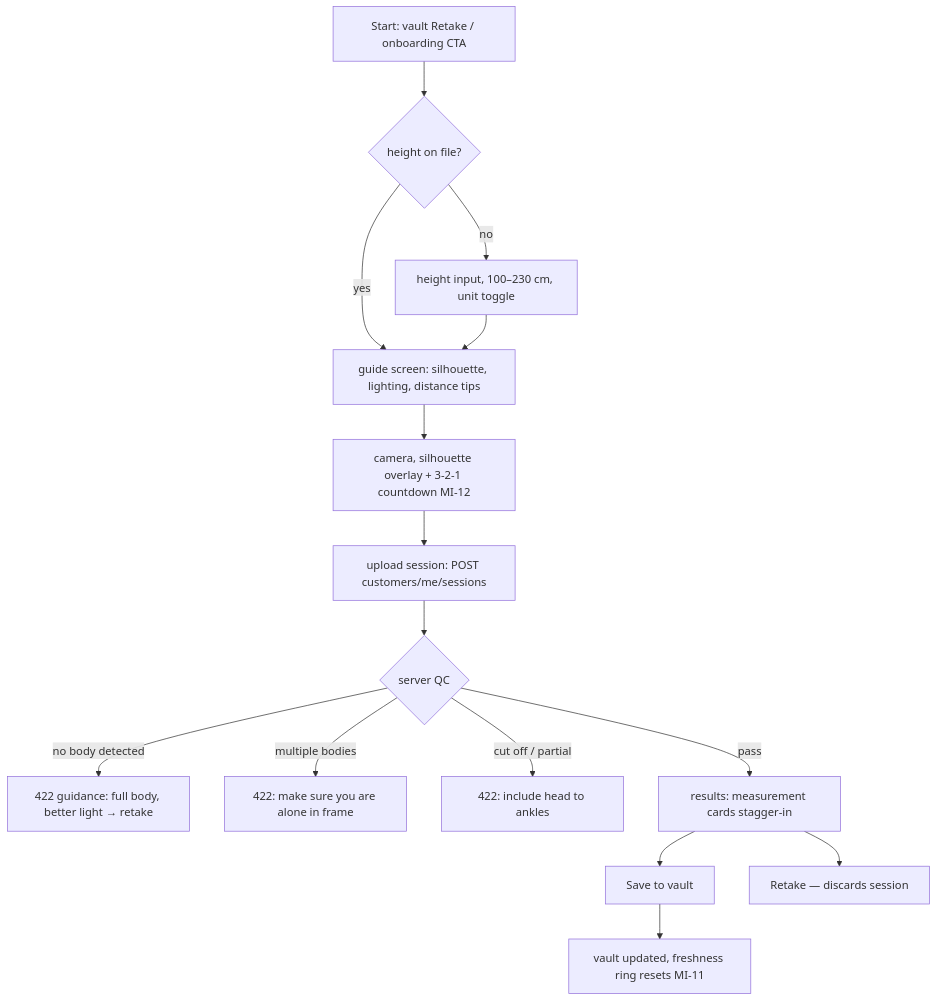
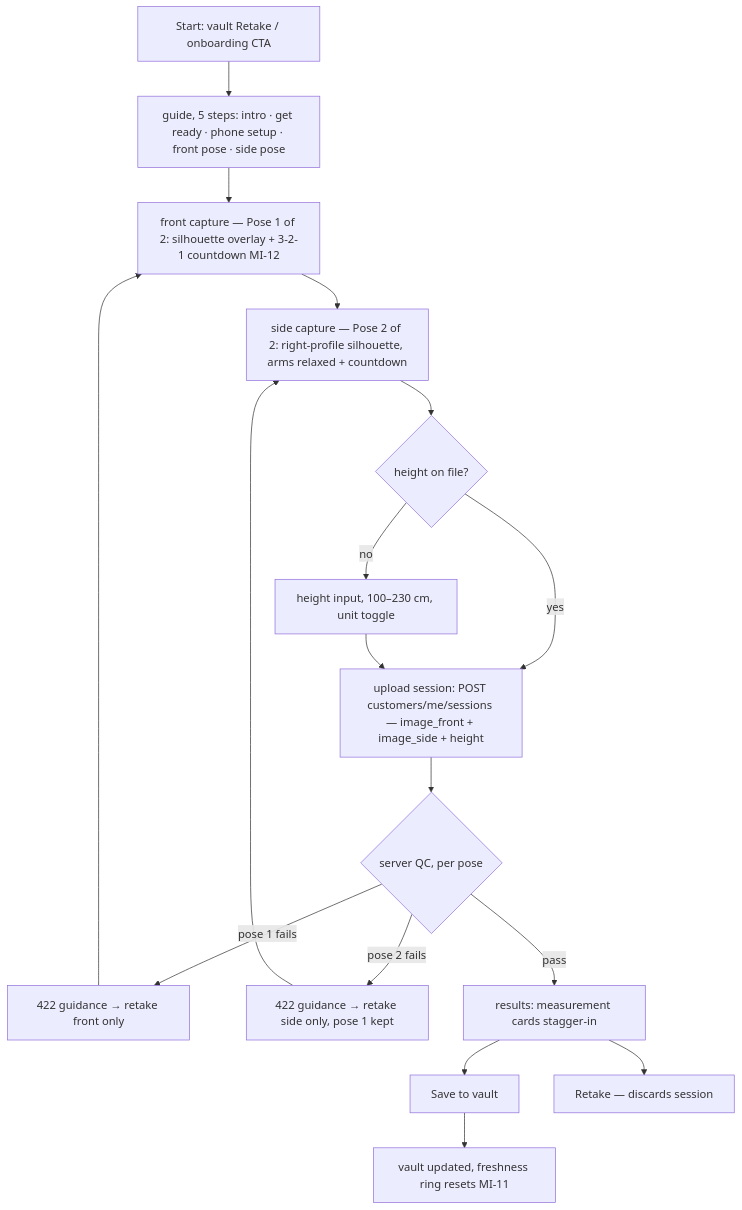
One commit to cuesoftinc/apparule changed the diagram in docs/flows/vault.md. Above: the diagram before and after it, drawn with Mermaid. The commit also changed other lines of this file and 10 other files, not shown here.

````diff
--- a/docs/flows/vault.md
+++ b/docs/flows/vault.md
@@ -11,17 +22,19 @@
 ```mermaid
 flowchart TD
-    S[Start: vault Retake / onboarding CTA] --> H{height on file?}
+    S[Start: vault Retake / onboarding CTA] --> GUIDE[guide, 5 steps: intro · get ready · phone setup · front pose · side pose]
+    GUIDE --> CAM1[front capture — Pose 1 of 2: silhouette overlay + 3-2-1 countdown MI-12]
+    CAM1 --> CAM2[side capture — Pose 2 of 2: right-profile silhouette, arms relaxed + countdown]
+    CAM2 --> H{height on file?}
     H -->|no| HEIGHT[height input, 100–230 cm, unit toggle]
-    H -->|yes| GUIDE
-    HEIGHT --> GUIDE[guide screen: silhouette, lighting, distance tips]
-    GUIDE --> CAM[camera, silhouette overlay + 3-2-1 countdown MI-12]
-    CAM --> UP[upload session: POST customers/me/sessions]
-    UP --> QC{server QC}
-    QC -->|no body detected| E1[422 guidance: full body, better light → retake]
-    QC -->|multiple bodies| E2[422: make sure you are alone in frame]
-    QC -->|cut off / partial| E3[422: include head to ankles]
+    H -->|yes| UP
+    HEIGHT --> UP[upload session: POST customers/me/sessions — image_front + image_side + height]
+    UP --> QC{server QC, per pose}
+    QC -->|pose 1 fails| R1[422 guidance → retake front only]
+    QC -->|pose 2 fails| R2[422 guidance → retake side only, pose 1 kept]
     QC -->|pass| RESULTS[results: measurement cards stagger-in]
+    R1 --> CAM1
+    R2 --> CAM2
     RESULTS --> SAVE[Save to vault]
     RESULTS --> RETAKE[Retake — discards session]
     SAVE --> DONE[vault updated, freshness ring resets MI-11]
 ```
````
